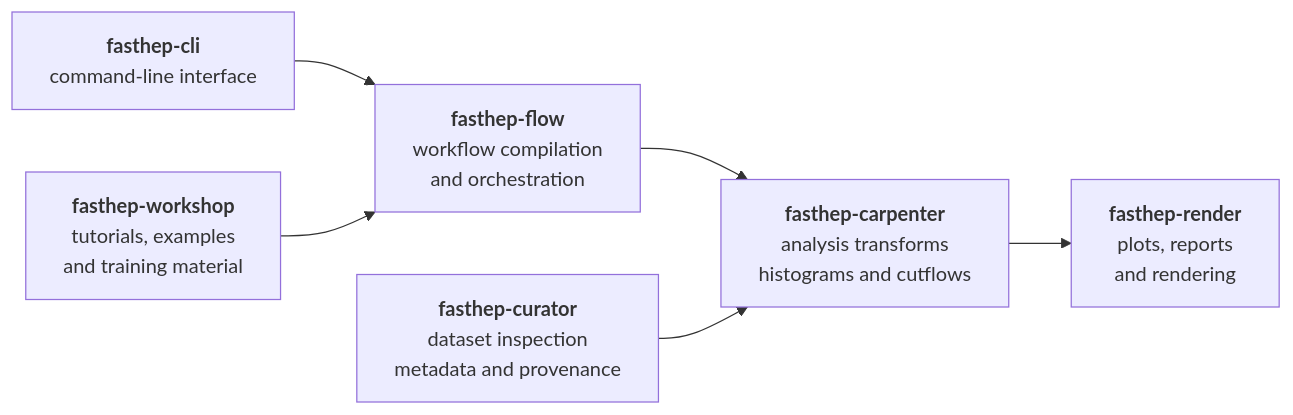
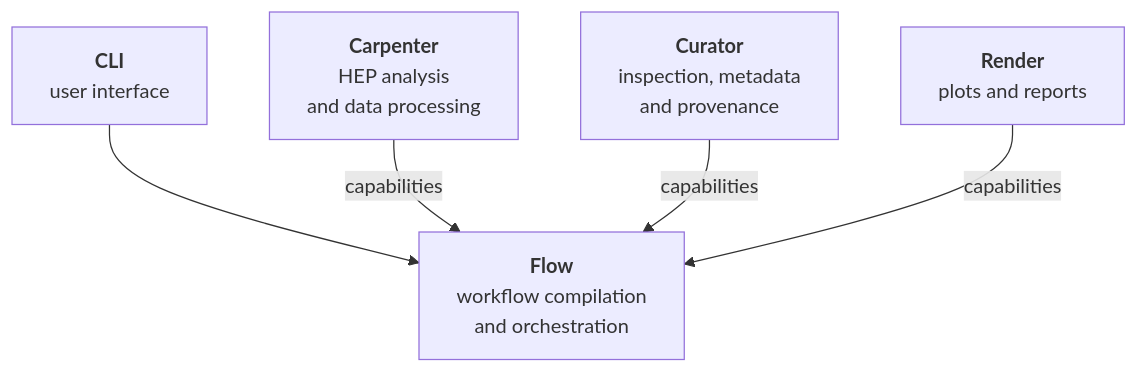
Before and after one commit to FAST-HEP/fast-hep.github.io: the diagram in content/packages/_index.md, drawn with Mermaid. The commit also changed other lines of this file and 5 other files, not shown here.

````diff
--- a/content/packages/_index.md
+++ b/content/packages/_index.md
@@ -9,21 +17,16 @@
 ```mermaid
-flowchart LR
+flowchart TD
+    Flow["<b>Flow</b><br/>workflow compilation<br/>and orchestration"]
 
-    Flow["<b>fasthep-flow</b><br/>workflow compilation<br/>and orchestration"]
+    Carpenter["<b>Carpenter</b><br/>HEP analysis<br/>and data processing"]
+    Curator["<b>Curator</b><br/>inspection, metadata<br/>and provenance"]
+    Render["<b>Render</b><br/>plots and reports"]
 
-    Curator["<b>fasthep-curator</b><br/>dataset inspection<br/>metadata and provenance"]
+    CLI["<b>CLI</b><br/>user interface"]
 
-    Carpenter["<b>fasthep-carpenter</b><br/>analysis transforms<br/>histograms and cutflows"]
+    CLI --> Flow
 
-    Render["<b>fasthep-render</b><br/>plots, reports<br/>and rendering"]
-
-    CLI["<b>fasthep-cli</b><br/>command-line interface"]
-
-    Workshop["<b>fasthep-workshop</b><br/>tutorials, examples<br/>and training material"]
-
-    Flow --> Carpenter
-    Curator --> Carpenter
-    Carpenter --> Render
-    CLI --> Flow
-    Workshop --> Flow
+    Carpenter -->|"capabilities"| Flow
+    Curator -->|"capabilities"| Flow
+    Render -->|"capabilities"| Flow
 ```
````
